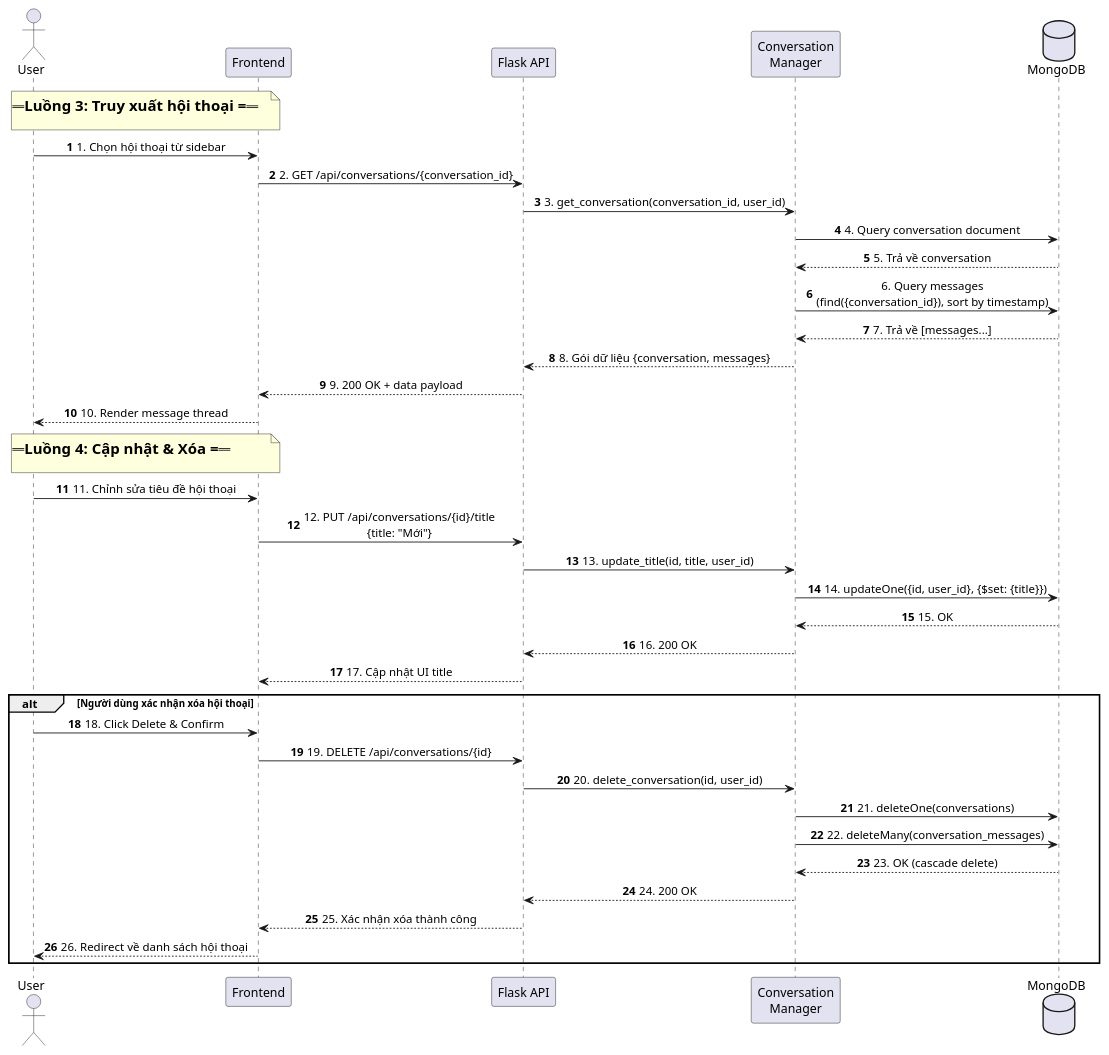
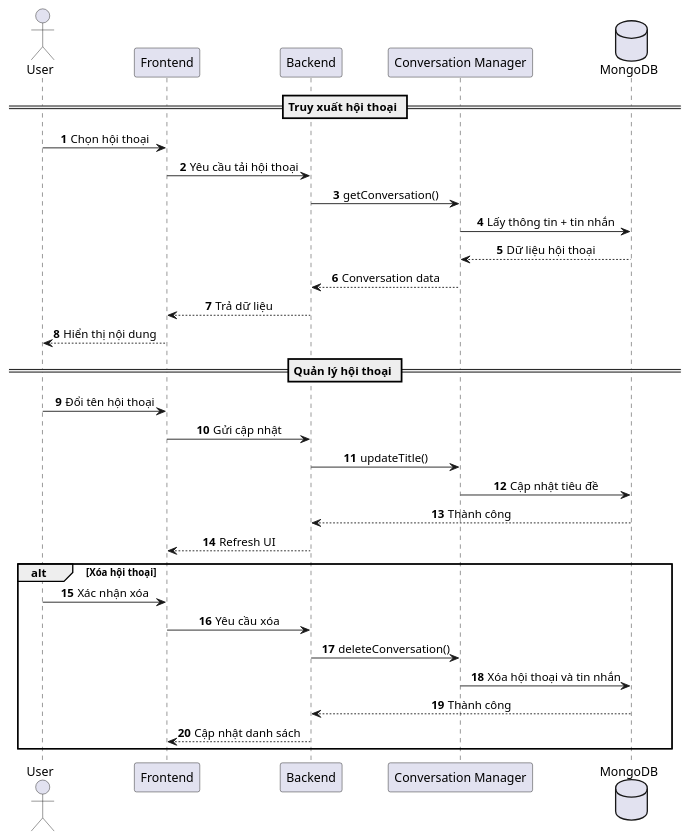
Diagram 12 of 12 in diagram.md (vien10022003/MarketMind-AI), drawn with PlantUML before and after one commit. The commit also changed other lines of this file, not shown here.

Commit message:
chỉnh sửa các biểu đồ trong báo cáo để dễ nhìn và dễ đọc hơn

```diff
--- a/diagram.md
+++ b/diagram.md
@@ -494,44 +416,41 @@
-@startuml Sequence_Conversation_Read_Manage
+@startuml Sequence_Conversation_Manage_Simplified
 autonumber
 skinparam sequenceMessageAlign center
 skinparam responseMessageBelowArrow true
 
 actor User as U
-participant "Frontend" as FE
-participant "Flask API" as API
-participant "Conversation\nManager" as CM
-database "MongoDB" as DB
+participant Frontend as FE
+participant "Backend" as API
+participant "Conversation Manager" as CM
+database MongoDB as DB
 
-note over U, FE: === Luồng 3: Truy xuất hội thoại ===
-U -> FE: 1. Chọn hội thoại từ sidebar
-FE -> API: 2. GET /api/conversations/{conversation_id}
-API -> CM: 3. get_conversation(conversation_id, user_id)
-CM -> DB: 4. Query conversation document
-DB --> CM: 5. Trả về conversation
-CM -> DB: 6. Query messages\n(find({conversation_id}), sort by timestamp)
-DB --> CM: 7. Trả về [messages...]
-CM --> API: 8. Gói dữ liệu {conversation, messages}
-API --> FE: 9. 200 OK + data payload
-FE --> U: 10. Render message thread
+== Truy xuất hội thoại ==
 
-note over U, FE: === Luồng 4: Cập nhật & Xóa ===
-U -> FE: 11. Chỉnh sửa tiêu đề hội thoại
-FE -> API: 12. PUT /api/conversations/{id}/title\n{title: "Mới"}
-API -> CM: 13. update_title(id, title, user_id)
-CM -> DB: 14. updateOne({id, user_id}, {$set: {title}})
-DB --> CM: 15. OK
-CM --> API: 16. 200 OK
-API --> FE: 17. Cập nhật UI title
+U -> FE: Chọn hội thoại
+FE -> API: Yêu cầu tải hội thoại
+API -> CM: getConversation()
+CM -> DB: Lấy thông tin + tin nhắn
+DB --> CM: Dữ liệu hội thoại
+CM --> API: Conversation data
+API --> FE: Trả dữ liệu
+FE --> U: Hiển thị nội dung
 
-alt Người dùng xác nhận xóa hội thoại
-    U -> FE: 18. Click Delete & Confirm
-    FE -> API: 19. DELETE /api/conversations/{id}
-    API -> CM: 20. delete_conversation(id, user_id)
-    CM -> DB: 21. deleteOne(conversations)
-    CM -> DB: 22. deleteMany(conversation_messages)
-    DB --> CM: 23. OK (cascade delete)
-    CM --> API: 24. 200 OK
-    API --> FE: 25. Xác nhận xóa thành công
-    FE --> U: 26. Redirect về danh sách hội thoại
+== Quản lý hội thoại ==
+
+U -> FE: Đổi tên hội thoại
+FE -> API: Gửi cập nhật
+API -> CM: updateTitle()
+CM -> DB: Cập nhật tiêu đề
+DB --> API: Thành công
+API --> FE: Refresh UI
+
+alt Xóa hội thoại
+U -> FE: Xác nhận xóa
+FE -> API: Yêu cầu xóa
+API -> CM: deleteConversation()
+CM -> DB: Xóa hội thoại và tin nhắn
+DB --> API: Thành công
+API --> FE: Cập nhật danh sách
 end
+
 @enduml
```
